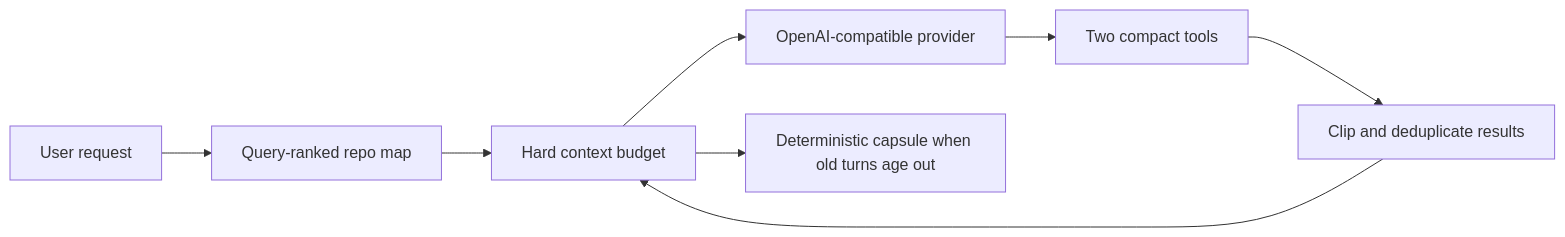
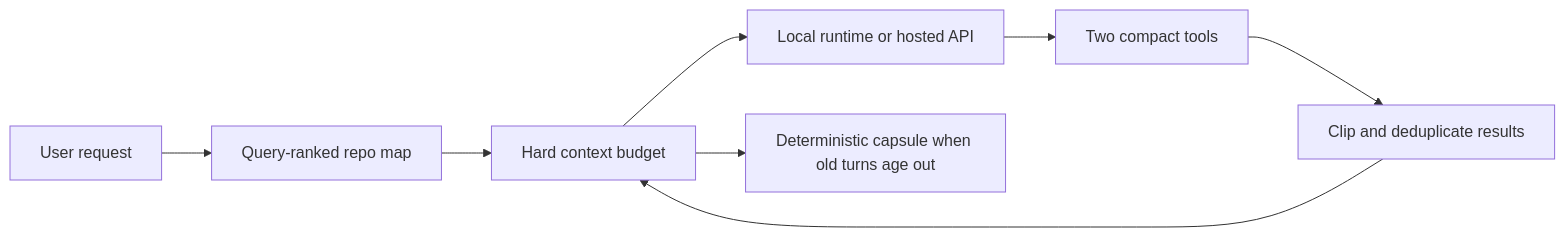
Before and after one commit to yuzu-ux/ycode: the diagram in README.md, drawn with Mermaid. The commit also changed other lines of this file and 11 other files, not shown here.

````diff
--- a/README.md
+++ b/README.md
@@ -186,10 +219,10 @@
 ```mermaid
 flowchart LR
     U["User request"] --> M["Query-ranked repo map"]
     M --> B["Hard context budget"]
-    B --> P["OpenAI-compatible provider"]
+    B --> P["Local runtime or hosted API"]
     P --> T["Two compact tools"]
     T --> D["Clip and deduplicate results"]
     D --> B
     B --> C["Deterministic capsule when old turns age out"]
 ```
````
